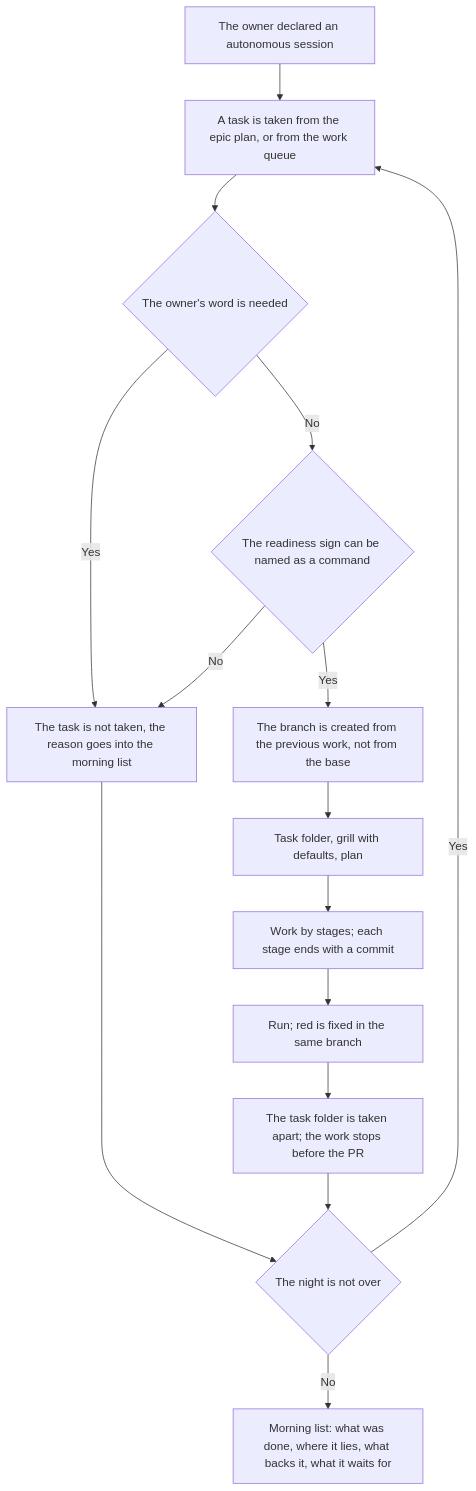
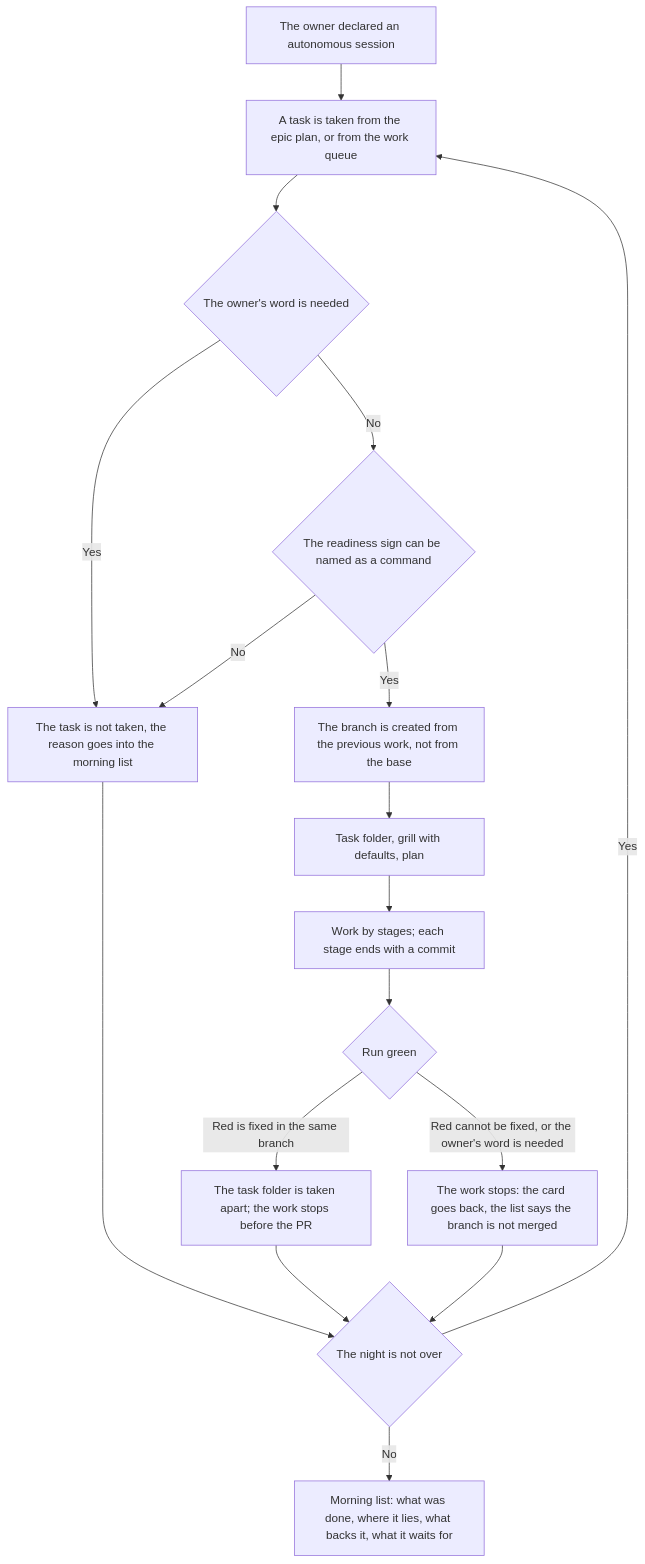
The diagram in .claude/skills/autonomous-work/SKILL.md (Eyhenij/rt-tools), drawn with Mermaid before and after one commit. The commit also changed other lines of this file and 11 other files, not shown here.

````diff
--- a/.claude/skills/autonomous-work/SKILL.md
+++ b/.claude/skills/autonomous-work/SKILL.md
@@ -38,17 +38,19 @@
 ```mermaid
 flowchart TD
     A[The owner declared an autonomous session] --> B[A task is taken from the epic plan, or from the work queue]
     B --> C{The owner's word is needed}
     C -->|Yes| D[The task is not taken, the reason goes into the morning list]
     C -->|No| H{The readiness sign can be named as a command}
     H -->|No| D
     H -->|Yes| E[The branch is created from the previous work, not from the base]
     E --> F[Task folder, grill with defaults, plan]
     F --> G[Work by stages; each stage ends with a commit]
-    G --> I[Run; red is fixed in the same branch]
-    I --> J[The task folder is taken apart; the work stops before the PR]
+    G --> I{Run green}
+    I -->|Red is fixed in the same branch| J[The task folder is taken apart; the work stops before the PR]
+    I -->|Red cannot be fixed, or the owner's word is needed| X[The work stops: the card goes back, the list says the branch is not merged]
+    X --> K
     J --> K{The night is not over}
     K -->|Yes| B
     K -->|No| L[Morning list: what was done, where it lies, what backs it, what it waits for]
     D --> K
 ```
````
